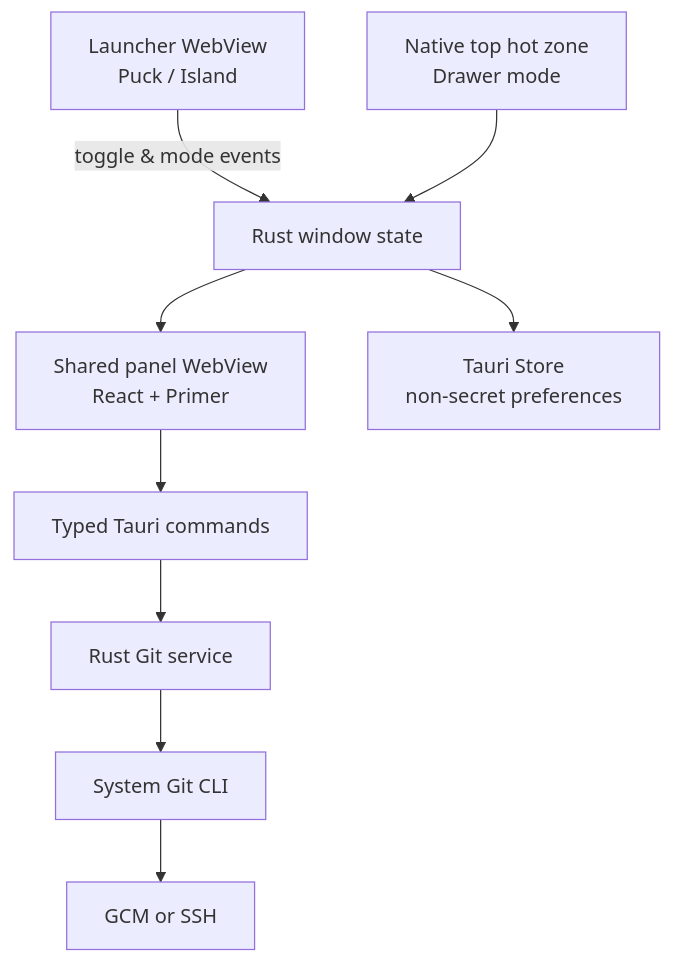
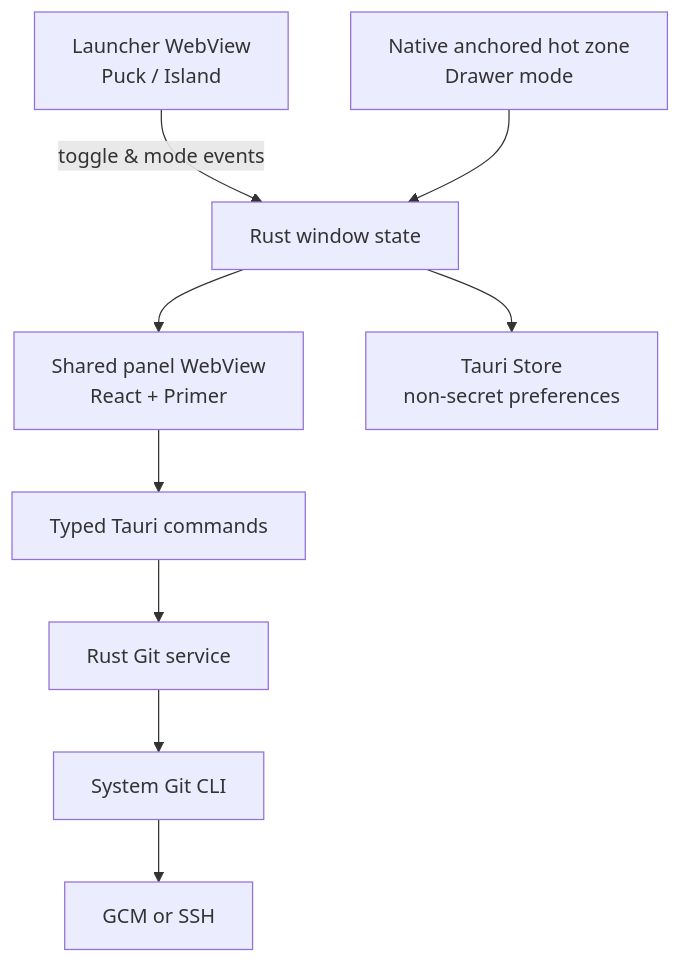
The diagram in README.md (YYchainsAw/RepoPuck), drawn with Mermaid before and after one commit. The commit also changed other lines of this file and 12 other files, not shown here.

````diff
--- a/README.md
+++ b/README.md
@@ -106,11 +129,11 @@
 ```mermaid
 flowchart TD
     L["Launcher WebView<br>Puck / Island"] -->|toggle & mode events| W["Rust window state"]
-    H["Native top hot zone<br>Drawer mode"] --> W
+    H["Native anchored hot zone<br>Drawer mode"] --> W
     W --> P["Shared panel WebView<br>React + Primer"]
     P --> C["Typed Tauri commands"]
     C --> G["Rust Git service"]
     G --> CLI["System Git CLI"]
     CLI --> A["GCM or SSH"]
     W --> S["Tauri Store<br>non-secret preferences"]
 ```
````
